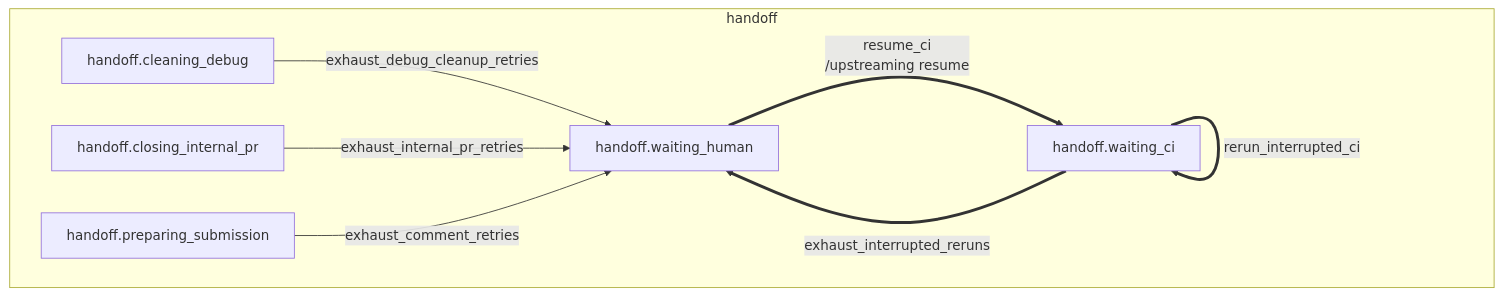
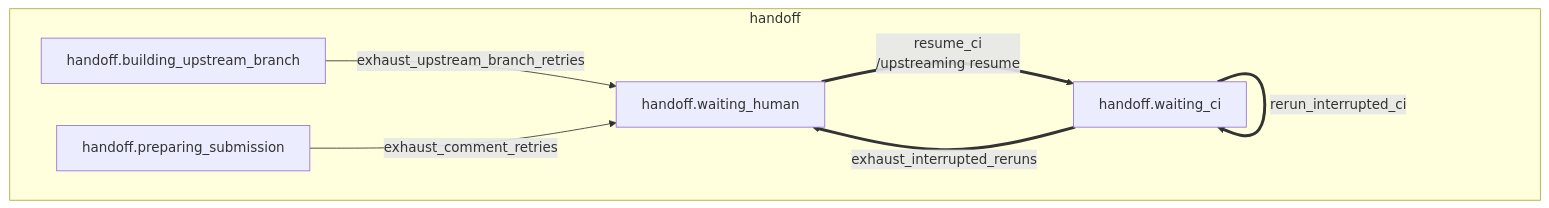
Before and after one commit to riseproject-dev/porting-agent: diagram 41 of 60 in docs/state-machine/decisions.md, drawn with Mermaid. The commit also changed other lines of this file and 55 other files, not shown here.

````diff
--- a/docs/state-machine/decisions.md
+++ b/docs/state-machine/decisions.md
@@ -983,17 +985,15 @@
 ```mermaid
 flowchart TB
     subgraph handoff["handoff"]
-        handoff_cleaning_debug["handoff.cleaning_debug"]
+        handoff_building_upstream_branch["handoff.building_upstream_branch"]
         handoff_waiting_ci["handoff.waiting_ci"]
-        handoff_closing_internal_pr["handoff.closing_internal_pr"]
         handoff_preparing_submission["handoff.preparing_submission"]
         handoff_waiting_human["handoff.waiting_human"]
     end
 
-    handoff_cleaning_debug -->|exhaust_debug_cleanup_retries| handoff_waiting_human
+    handoff_building_upstream_branch -->|exhaust_upstream_branch_retries| handoff_waiting_human
     handoff_waiting_ci ==>|rerun_interrupted_ci| handoff_waiting_ci
     handoff_waiting_ci ==>|exhaust_interrupted_reruns| handoff_waiting_human
-    handoff_closing_internal_pr -->|exhaust_internal_pr_retries| handoff_waiting_human
     handoff_preparing_submission -->|exhaust_comment_retries| handoff_waiting_human
     handoff_waiting_human ==>|resume_ci<br/>/upstreaming resume| handoff_waiting_ci
 ```
````
